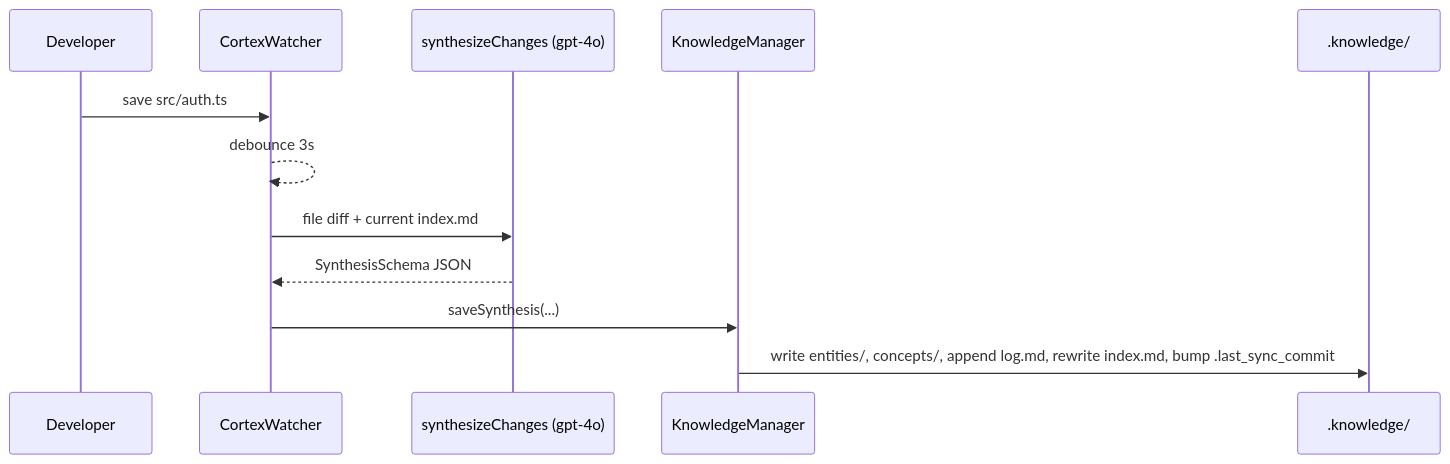
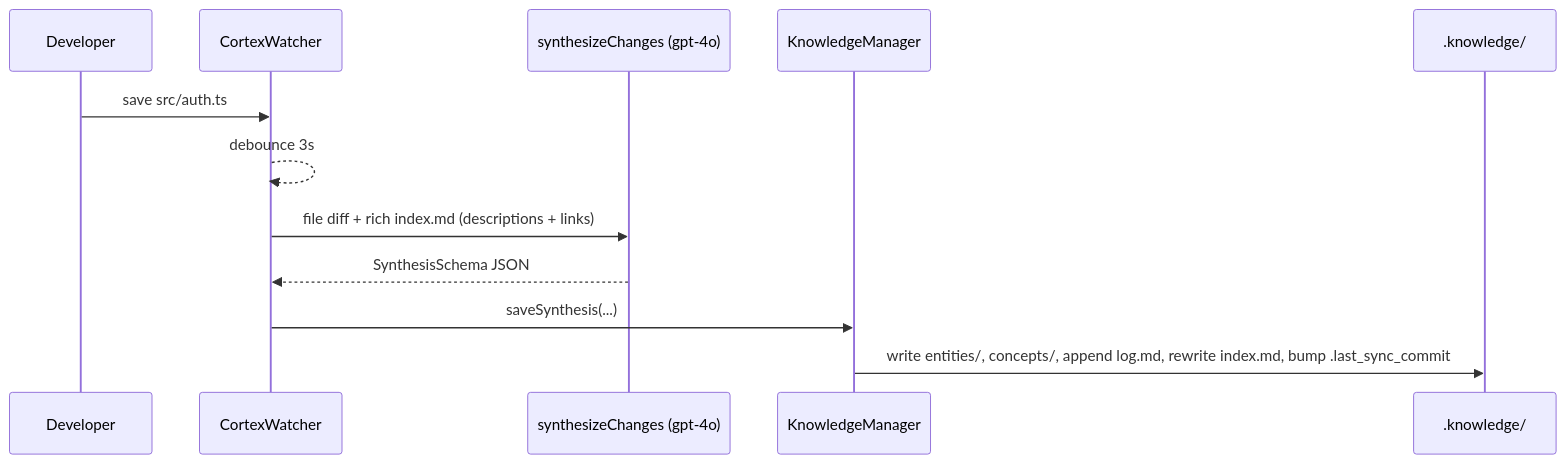
The first of 2 diagrams in ARCHITECTURE.md (developer-metalhead/LLM-Cortex), drawn with Mermaid before and after one commit. The commit also changed other lines of this file and 16 other files, not shown here.

````diff
--- a/ARCHITECTURE.md
+++ b/ARCHITECTURE.md
@@ -68,15 +75,15 @@
 ```mermaid
 sequenceDiagram
     participant Dev as Developer
     participant Watcher as CortexWatcher
     participant LLM as synthesizeChanges (gpt-4o)
     participant KM as KnowledgeManager
     participant FS as .knowledge/
 
     Dev->>Watcher: save src/auth.ts
     Watcher-->>Watcher: debounce 3s
-    Watcher->>LLM: file diff + current index.md
+    Watcher->>LLM: file diff + rich index.md (descriptions + links)
     LLM-->>Watcher: SynthesisSchema JSON
     Watcher->>KM: saveSynthesis(...)
     KM->>FS: write entities/, concepts/, append log.md, rewrite index.md, bump .last_sync_commit
 ```
````
